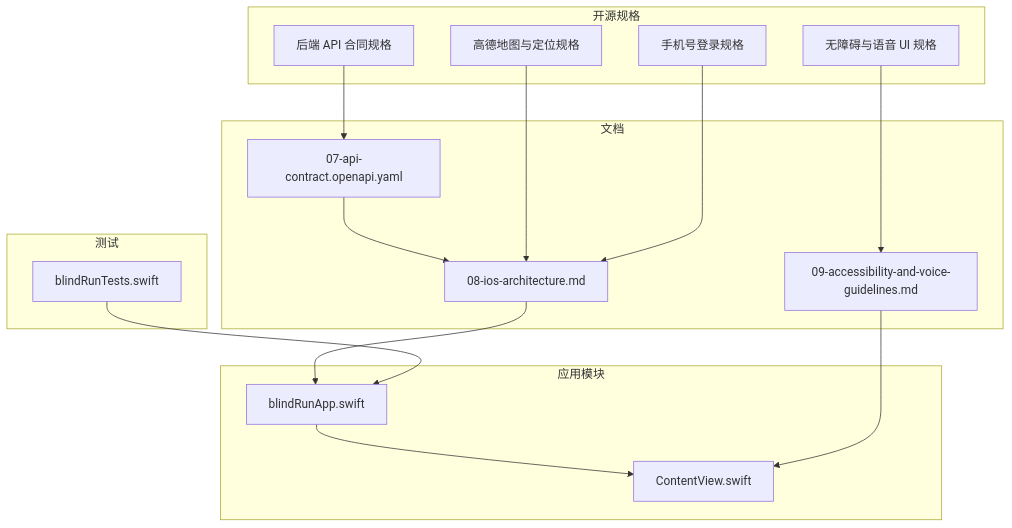
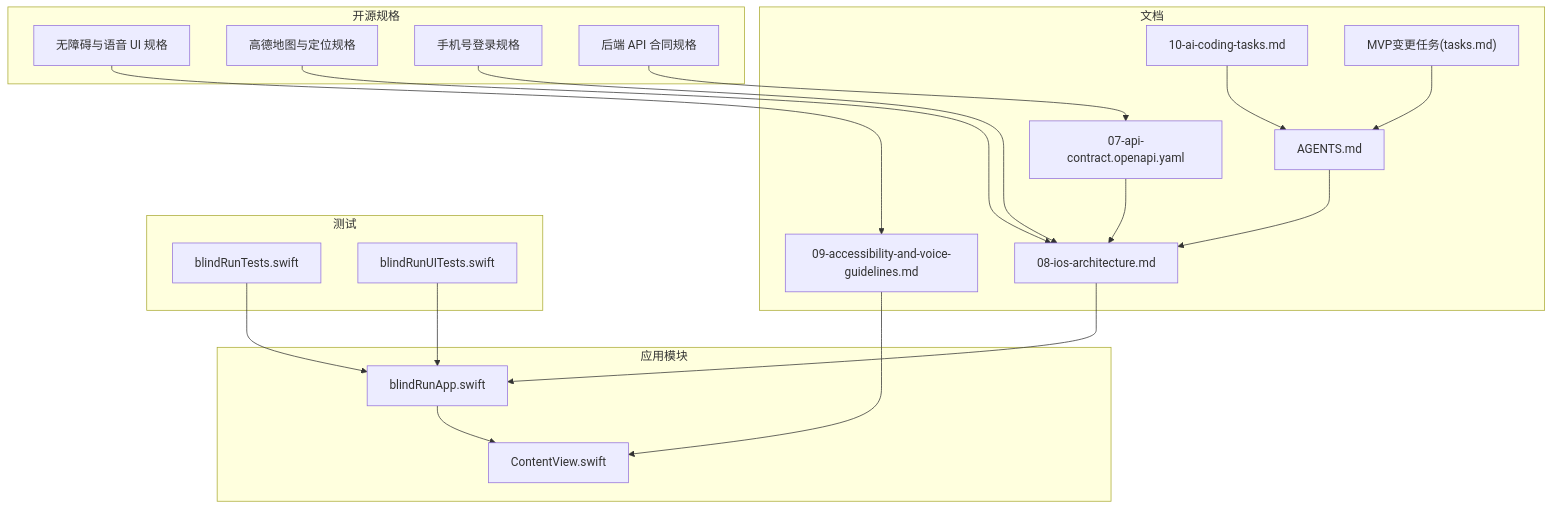
One commit to Jayden23018/blind-run-ios changed the first of 9 diagrams in .qoder/repowiki/zh/content/开发指南/开发指南.md. Above: the diagram before and after it, drawn with Mermaid. The commit also changed other lines of this file and 10 other files, not shown here.

````diff
--- a/.qoder/repowiki/zh/content/开发指南/开发指南.md
+++ b/.qoder/repowiki/zh/content/开发指南/开发指南.md
@@ -40,30 +50,38 @@
 ```mermaid
 graph TB
 subgraph "应用模块"
 A["blindRunApp.swift"]
 B["ContentView.swift"]
 end
 subgraph "文档"
 D["08-ios-architecture.md"]
 E["09-accessibility-and-voice-guidelines.md"]
 F["07-api-contract.openapi.yaml"]
+G["AGENTS.md"]
+H["10-ai-coding-tasks.md"]
+I["MVP变更任务(tasks.md)"]
 end
 subgraph "开源规格"
-G["无障碍与语音 UI 规格"]
-H["高德地图与定位规格"]
-I["手机号登录规格"]
-J["后端 API 合同规格"]
+J["无障碍与语音 UI 规格"]
+K["高德地图与定位规格"]
+L["手机号登录规格"]
+M["后端 API 合同规格"]
 end
 subgraph "测试"
-K["blindRunTests.swift"]
+N["blindRunTests.swift"]
+O["blindRunUITests.swift"]
 end
 A --> B
 D --> A
 E --> B
 F --> D
-G --> E
-H --> D
-I --> D
-J --> F
-K --> A
+G --> D
+H --> G
+I --> G
+J --> E
+K --> D
+L --> D
+M --> F
+N --> A
+O --> A
 ```
````
